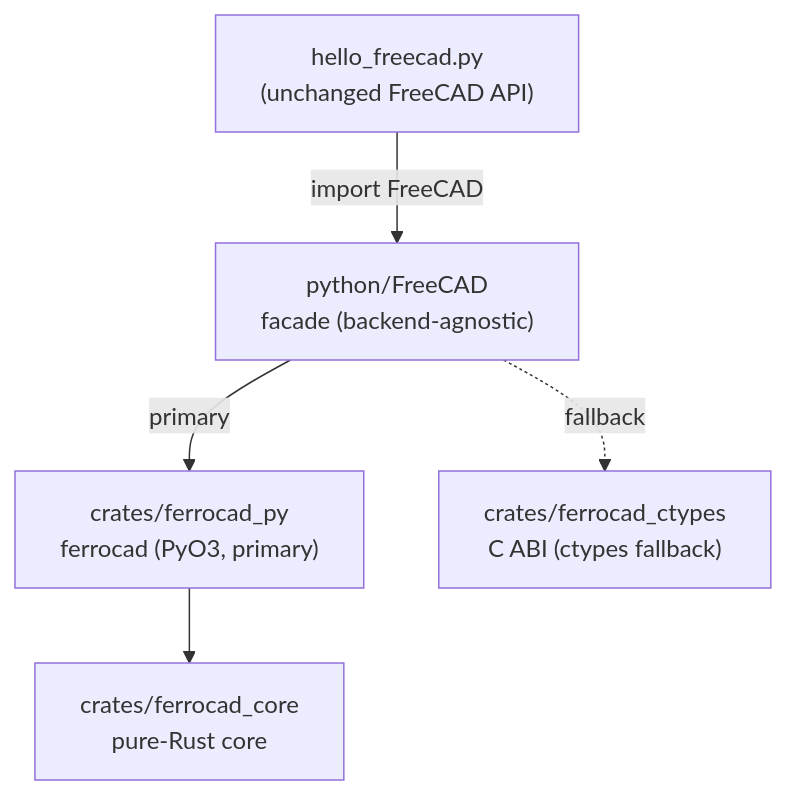
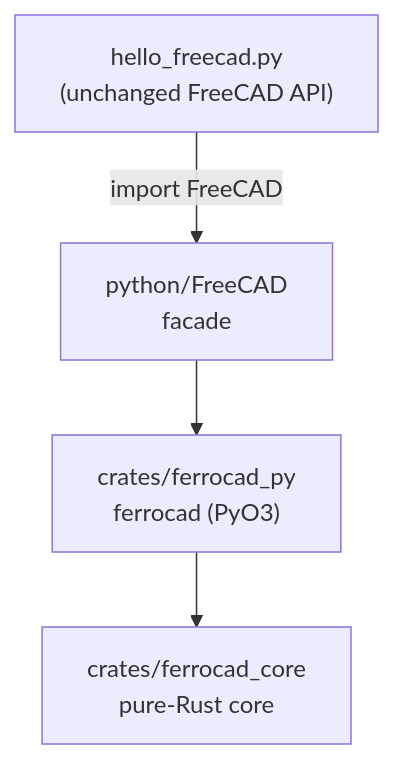
Before and after one commit to ferrocad/ferrocad: the diagram in README.md, drawn with Mermaid. The commit also changed other lines of this file and 9 other files, not shown here.

First line of the commit message:
refactor: drop the ctypes/C-ABI fallback; PyO3 is the only bridge

````diff
--- a/README.md
+++ b/README.md
@@ -93,12 +93,10 @@
 ```mermaid
 flowchart TD
     S["hello_freecad.py<br/>(unchanged FreeCAD API)"]
-    M["python/FreeCAD<br/>facade (backend-agnostic)"]
-    P["crates/ferrocad_py<br/>ferrocad (PyO3, primary)"]
+    M["python/FreeCAD<br/>facade"]
+    P["crates/ferrocad_py<br/>ferrocad (PyO3)"]
     K["crates/ferrocad_core<br/>pure-Rust core"]
-    C["crates/ferrocad_ctypes<br/>C ABI (ctypes fallback)"]
     S -->|"import FreeCAD"| M
-    M -->|"primary"| P
-    M -.->|"fallback"| C
+    M --> P
     P --> K
 ```
````
